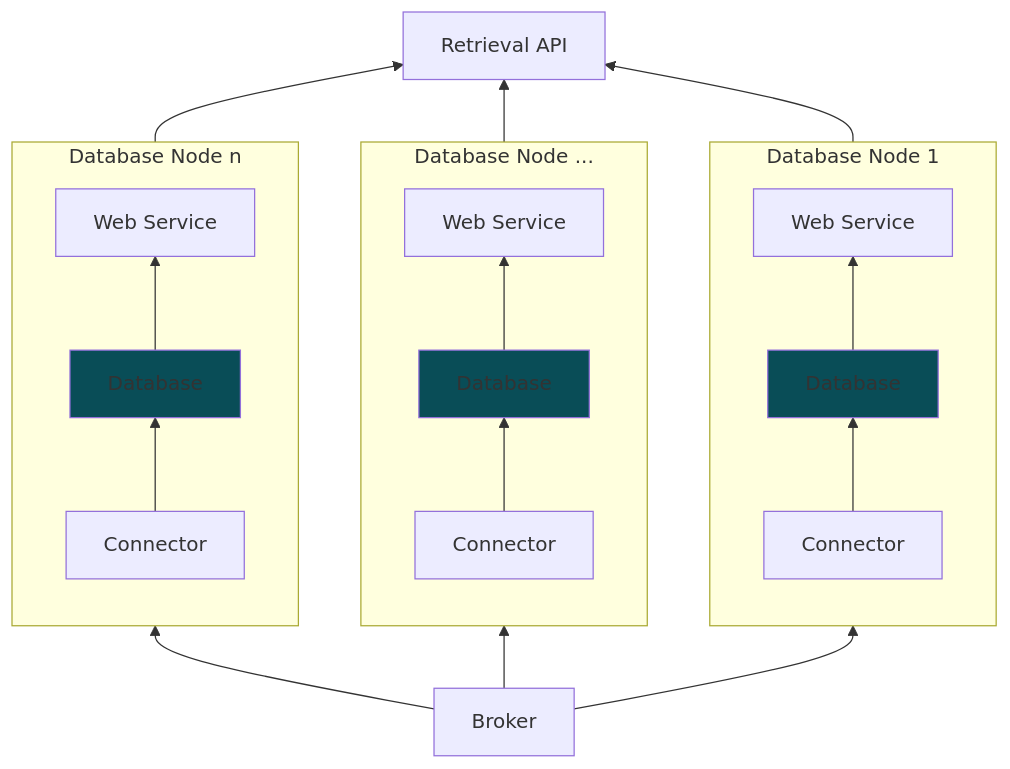
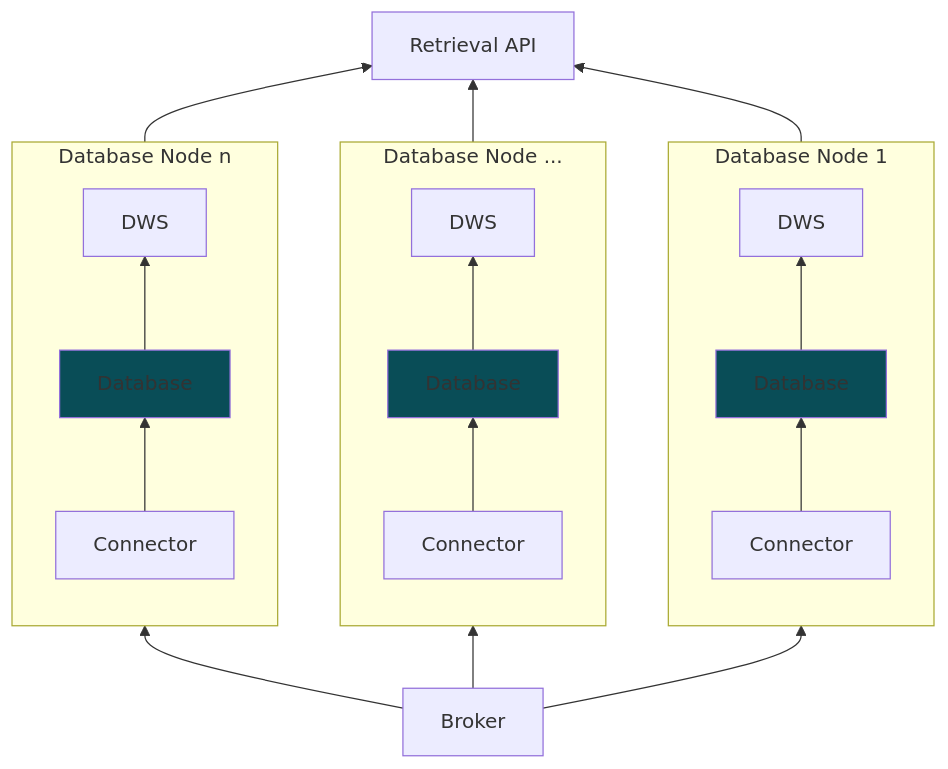
The diagram in src/mfi_ddb/databases/README.md (cmu-mfi/mfi_ddb_library), drawn with Mermaid before and after one commit. The commit also changed other lines of this file and 9 other files, not shown here.

````diff
--- a/src/mfi_ddb/databases/README.md
+++ b/src/mfi_ddb/databases/README.md
@@ -20,40 +20,40 @@
 ```mermaid
 flowchart BT
     subgraph ModuleX["Database Node 1"]
         direction BT
         B1[Connector]
         C1[Database]
-        D1[Web Service]
+        D1["DWS"]
         B1 --> C1
         C1 --> D1
     end
 
     subgraph ModuleY["Database Node ..."]
         direction BT
         B2[Connector]
         C2[Database]
-        D2[Web Service]
+        D2["DWS"]
         B2 --> C2
         C2 --> D2
     end
 
     subgraph ModuleZ["Database Node n"]
         direction BT
         B3[Connector]
         C3[Database]
-        D3[Web Service]
+        D3["DWS"]
         B3 --> C3
         C3 --> D3
     end    
 
     A[Broker] --> B1
     A --> B2
     A --> B3
     D1 --> E[Retrieval API]
     D2 --> E
     D3 --> E
 
     classDef highlight fill:#094d57
     class C1,C2,C3 highlight
-    
+
 ```
````
